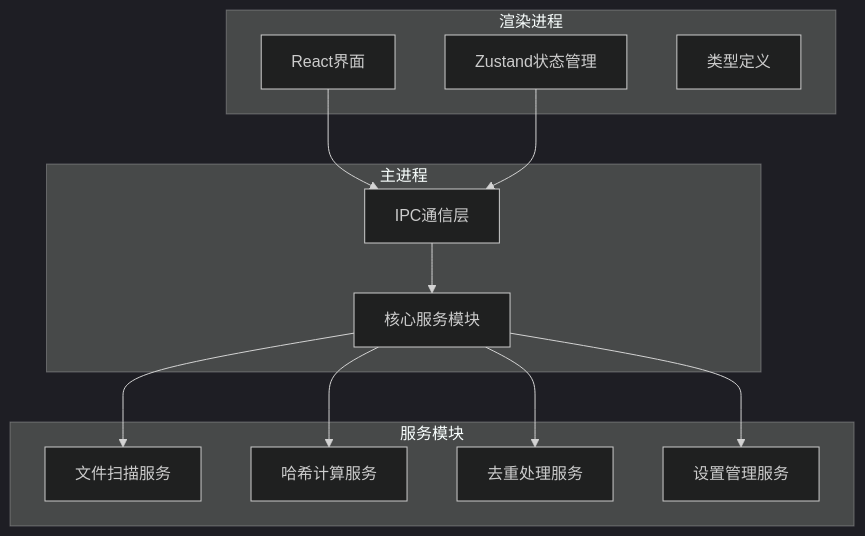
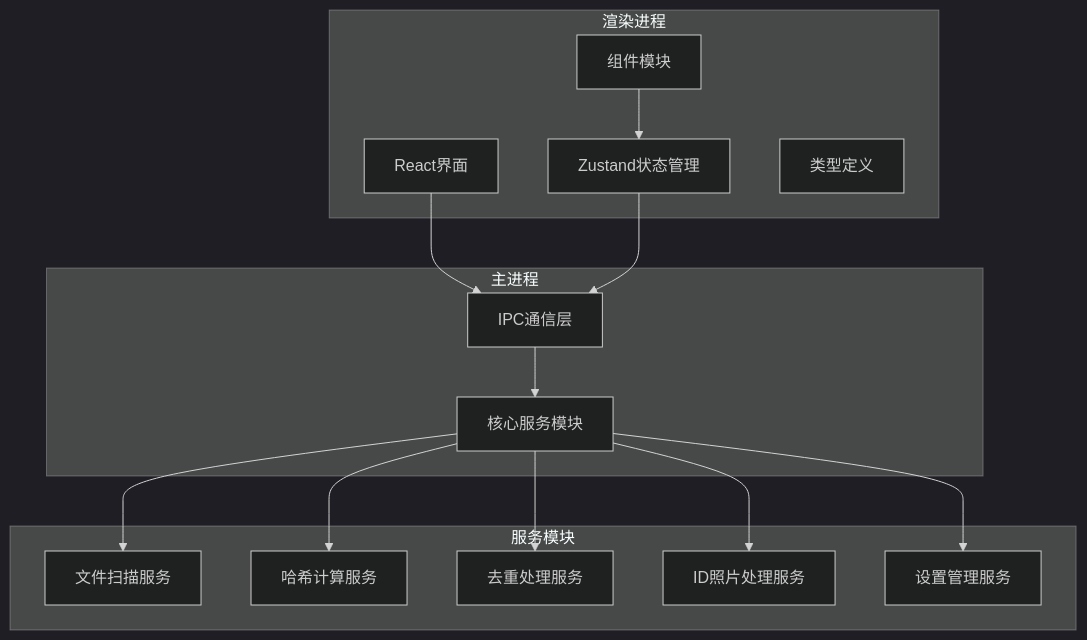
Before and after one commit to remgasuki/ReDoPhoto: the first of 16 diagrams in .qoder/repowiki/zh/content/核心服务模块/核心服务模块.md, drawn with Mermaid (dark theme). The commit also changed other lines of this file and 31 other files, not shown here.

Commit message:
v2.2.0: 证件照功能全面升级 - AI抠图/海量模板/美颜/压缩/排版

````diff
--- a/.qoder/repowiki/zh/content/核心服务模块/核心服务模块.md
+++ b/.qoder/repowiki/zh/content/核心服务模块/核心服务模块.md
@@ -37,25 +42,29 @@
 ```mermaid
 graph TB
 subgraph "渲染进程"
 UI[React界面]
 Stores[Zustand状态管理]
 Types[类型定义]
+Components[组件模块]
 end
 subgraph "主进程"
 IPC[IPC通信层]
 Services[核心服务模块]
 end
 subgraph "服务模块"
 Scanner[文件扫描服务]
 Hasher[哈希计算服务]
 Deduper[去重处理服务]
+IdPhoto[ID照片处理服务]
 Settings[设置管理服务]
 end
 UI --> IPC
 Stores --> IPC
+Components --> Stores
 IPC --> Services
 Services --> Scanner
 Services --> Hasher
 Services --> Deduper
+Services --> IdPhoto
 Services --> Settings
 ```
````
